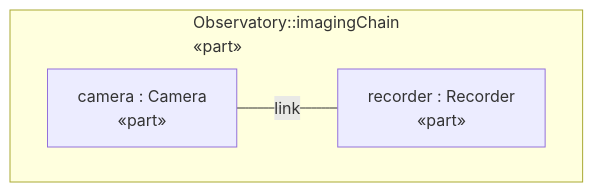
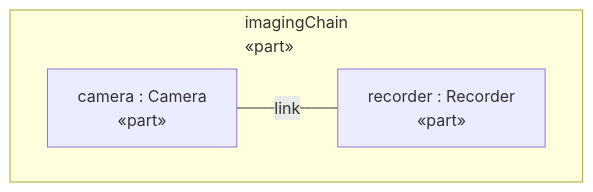
One commit to Open-MBEE/OpenSysML changed the first of 2 diagrams in internal/doc/docrender/testdata/telescope_report.golden.md. Above: the diagram before and after it, drawn with Mermaid. The commit also changed other lines of this file and 52 other files, not shown here.

First line of the commit message:
fix(view): head graphical roots relative to their shared namespace, types by their own name

````diff
--- a/internal/doc/docrender/testdata/telescope_report.golden.md
+++ b/internal/doc/docrender/testdata/telescope_report.golden.md
@@ -83,16 +83,16 @@
 ```mermaid
 ---
 config:
   flowchart:
     subGraphTitleMargin:
       bottom: 24
 ---
 %% Observatory::interconnectView — interconnection rendering (render asInterconnectionDiagram)
 flowchart LR
-  subgraph n0 ["Observatory::imagingChain<br>«part»"]
+  subgraph n0 ["imagingChain<br>«part»"]
     direction LR
     n1["camera : Camera<br>«part»"]
     n2["recorder : Recorder<br>«part»"]
   end
   n1 ---|"link"| n2
 ```
````
